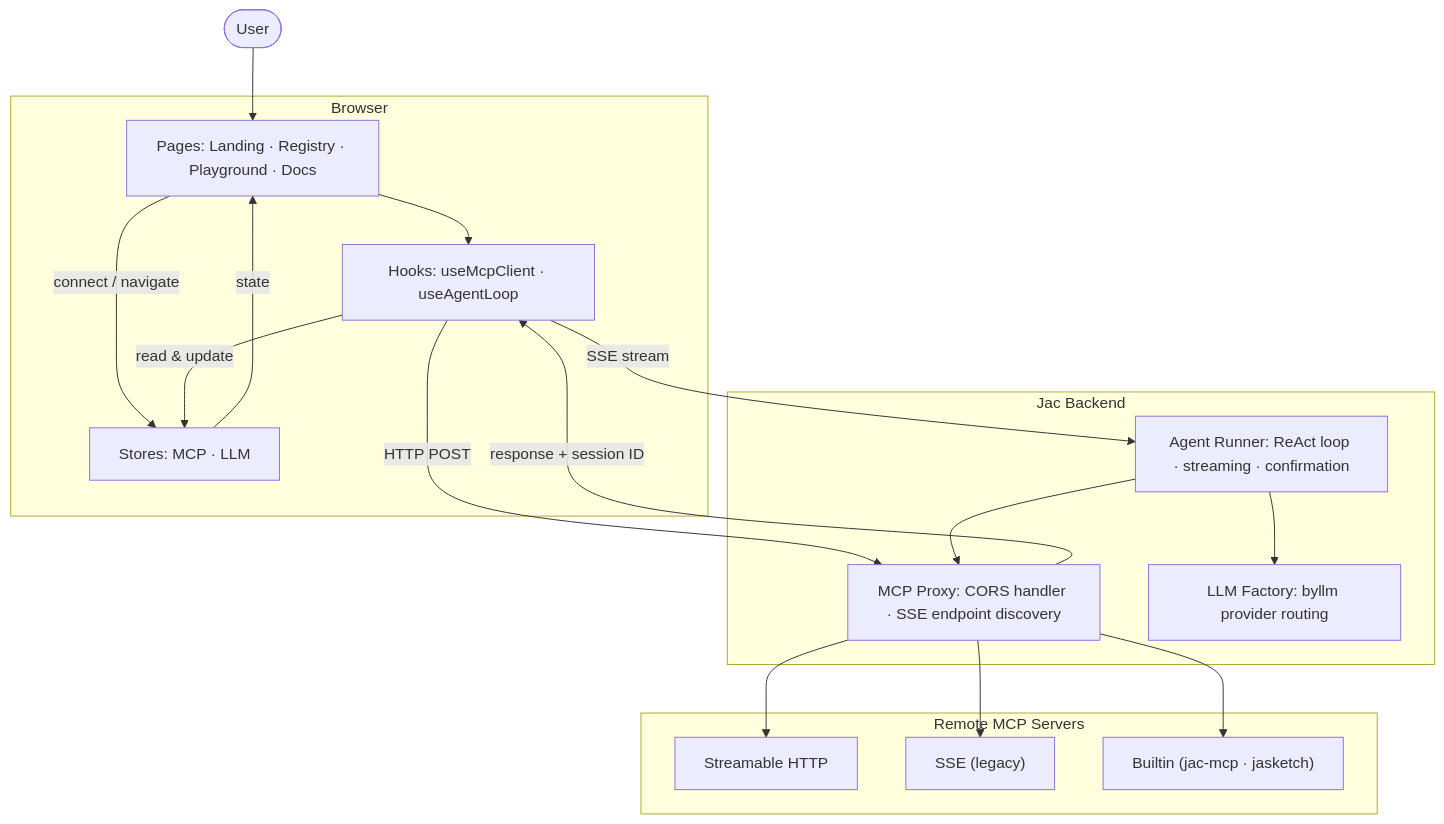
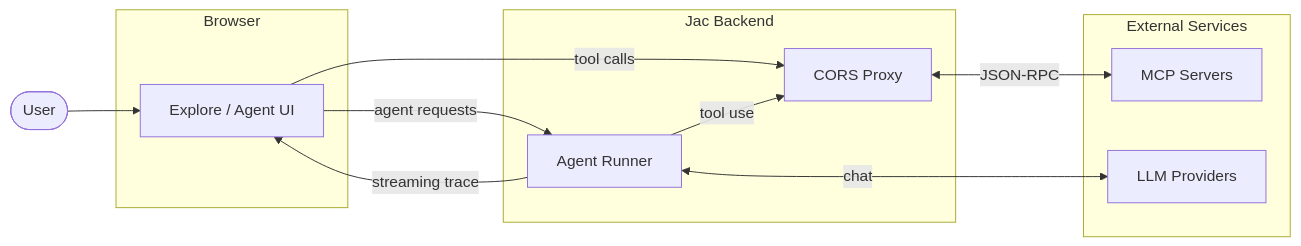
One commit to SahanUday/ProtoMCP changed the diagram in README.md. Above: the diagram before and after it, drawn with Mermaid. The commit also changed other lines of this file, not shown here.

````diff
--- a/README.md
+++ b/README.md
@@ -108,36 +57,26 @@
 ```mermaid
-graph TB
+graph LR
     User(["User"])
 
     subgraph Browser["Browser"]
-        Pages["Pages: Landing · Registry · Playground · Docs"]
-        Store["Stores: MCP · LLM"]
-        Hook["Hooks: useMcpClient · useAgentLoop"]
+        UI["Explore / Agent UI"]
     end
 
     subgraph Backend["Jac Backend"]
-        Proxy["MCP Proxy: CORS handler · SSE endpoint discovery"]
-        Agent["Agent Runner: ReAct loop · streaming · confirmation"]
-        LLM["LLM Factory: byllm provider routing"]
+        Proxy["CORS Proxy"]
+        Agent["Agent Runner"]
     end
 
-    subgraph MCP["Remote MCP Servers"]
-        HTTP["Streamable HTTP"]
-        SSE["SSE (legacy)"]
-        Builtin["Builtin (jac-mcp · jasketch)"]
+    subgraph External["External Services"]
+        MCP["MCP Servers"]
+        LLM["LLM Providers"]
     end
 
-    User --> Pages
-    Pages -->|"connect / navigate"| Store
-    Store -->|"state"| Pages
-    Pages --> Hook
-    Hook -->|"read & update"| Store
-    Hook -->|"HTTP POST"| Proxy
-    Hook -->|"SSE stream"| Agent
-    Agent --> LLM
-    Agent --> Proxy
-    Proxy --> HTTP
-    Proxy --> SSE
-    Proxy --> Builtin
-    Proxy -->|"response + session ID"| Hook
+    User --> UI
+    UI -->|"tool calls"| Proxy
+    UI -->|"agent requests"| Agent
+    Proxy <-->|"JSON-RPC"| MCP
+    Agent -->|"tool use"| Proxy
+    Agent <-->|"chat"| LLM
+    Agent -->|"streaming trace"| UI
 ```
````
